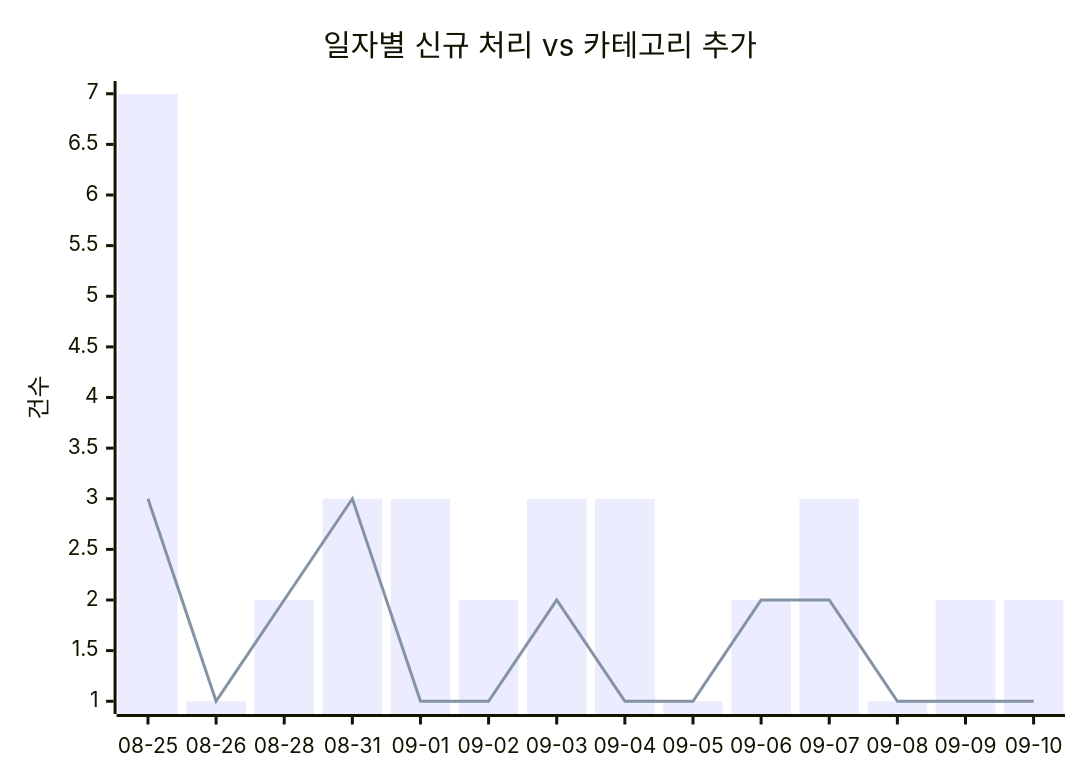
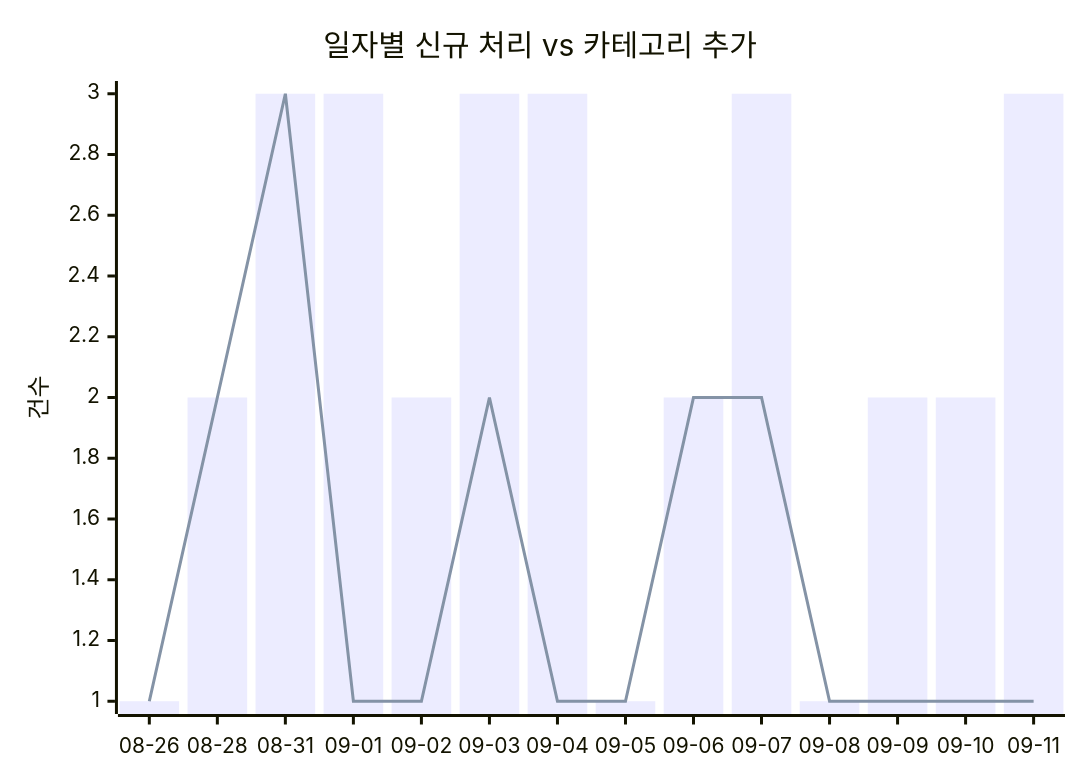
Before and after one commit to J-nowcow/awesome-korean-agent-skills: the first of 2 diagrams in docs/trends.md, drawn with Mermaid. The commit also changed other lines of this file and 3 other files, not shown here.

````diff
--- a/docs/trends.md
+++ b/docs/trends.md
@@ -32,8 +32,8 @@
 ```mermaid
 xychart-beta
     title "일자별 신규 처리 vs 카테고리 추가"
-    x-axis ["08-25","08-26","08-28","08-31","09-01","09-02","09-03","09-04","09-05","09-06","09-07","09-08","09-09","09-10"]
+    x-axis ["08-26","08-28","08-31","09-01","09-02","09-03","09-04","09-05","09-06","09-07","09-08","09-09","09-10","09-11"]
     y-axis "건수"
-    bar [7,1,2,3,3,2,3,3,1,2,3,1,2,2]
-    line [3,1,2,3,1,1,2,1,1,2,2,1,1,1]
+    bar [1,2,3,3,2,3,3,1,2,3,1,2,2,3]
+    line [1,2,3,1,1,2,1,1,2,2,1,1,1,1]
 ```
````
